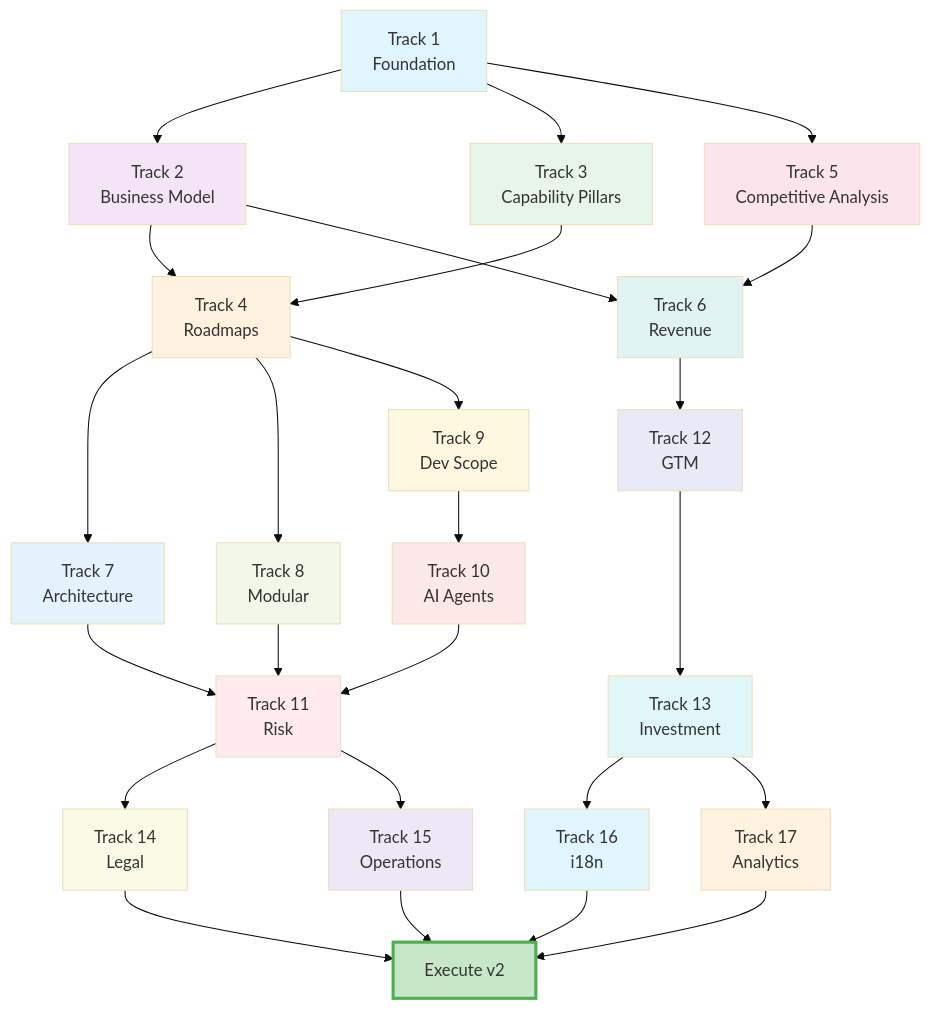
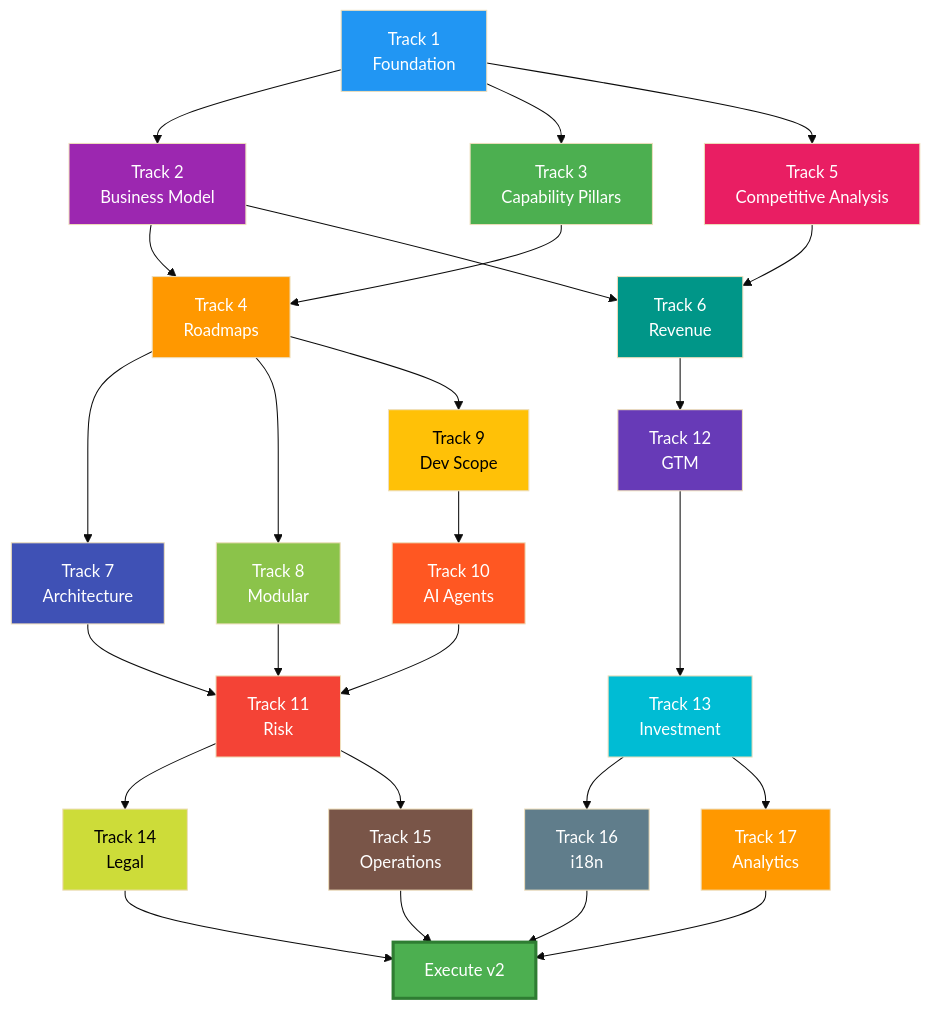
One commit to VisualGraphxLLC/NewPOPSys changed the diagram in Post_v1/READING_ORDER.md. Above: the diagram before and after it, drawn with Mermaid (base theme). The commit also changed 1 other file, not shown here.

Commit message:
Fix Mermaid chart colors for dark mode compatibility
- Use saturated colors with explicit text colors (color:#fff or color:#000)
- Ensures readability in both light and dark mode
- Updated all charts in DEVELOPMENT_PRIORITY.md and READING_ORDER.md

🤖 Generated with [Claude Code](https://claude.com/claude-code)

````diff
--- a/Post_v1/READING_ORDER.md
+++ b/Post_v1/READING_ORDER.md
@@ -406,54 +406,54 @@
 ```mermaid
 flowchart TB
     T1[Track 1\nFoundation]
 
     T1 --> T2[Track 2\nBusiness Model]
     T1 --> T3[Track 3\nCapability Pillars]
     T1 --> T5[Track 5\nCompetitive Analysis]
 
     T2 --> T4[Track 4\nRoadmaps]
     T3 --> T4
     T5 --> T6[Track 6\nRevenue]
     T2 --> T6
 
     T4 --> T7[Track 7\nArchitecture]
     T4 --> T8[Track 8\nModular]
     T4 --> T9[Track 9\nDev Scope]
     T6 --> T12[Track 12\nGTM]
 
     T9 --> T10[Track 10\nAI Agents]
 
     T7 --> T11[Track 11\nRisk]
     T8 --> T11
     T10 --> T11
     T12 --> T13[Track 13\nInvestment]
 
     T11 --> T14[Track 14\nLegal]
     T11 --> T15[Track 15\nOperations]
 
     T13 --> T16[Track 16\ni18n]
     T13 --> T17[Track 17\nAnalytics]
     T14 --> EXEC[Execute v2]
     T15 --> EXEC
     T16 --> EXEC
     T17 --> EXEC
 
-    style T1 fill:#e1f5fe
-    style T2 fill:#f3e5f5
-    style T3 fill:#e8f5e9
-    style T4 fill:#fff3e0
-    style T5 fill:#fce4ec
-    style T6 fill:#e0f2f1
-    style T7 fill:#e3f2fd
-    style T8 fill:#f1f8e9
-    style T9 fill:#fff8e1
-    style T10 fill:#fbe9e7
-    style T11 fill:#ffebee
-    style T12 fill:#e8eaf6
-    style T13 fill:#e0f7fa
-    style T14 fill:#f9fbe7
-    style T15 fill:#ede7f6
-    style T16 fill:#e1f5fe
-    style T17 fill:#fff3e0
-    style EXEC fill:#c8e6c9,stroke:#4caf50,stroke-width:3px
+    style T1 fill:#2196f3,color:#fff
+    style T2 fill:#9c27b0,color:#fff
+    style T3 fill:#4caf50,color:#fff
+    style T4 fill:#ff9800,color:#fff
+    style T5 fill:#e91e63,color:#fff
+    style T6 fill:#009688,color:#fff
+    style T7 fill:#3f51b5,color:#fff
+    style T8 fill:#8bc34a,color:#fff
+    style T9 fill:#ffc107,color:#000
+    style T10 fill:#ff5722,color:#fff
+    style T11 fill:#f44336,color:#fff
+    style T12 fill:#673ab7,color:#fff
+    style T13 fill:#00bcd4,color:#fff
+    style T14 fill:#cddc39,color:#000
+    style T15 fill:#795548,color:#fff
+    style T16 fill:#607d8b,color:#fff
+    style T17 fill:#ff9800,color:#fff
+    style EXEC fill:#4caf50,color:#fff,stroke:#2e7d32,stroke-width:3px
 ```
````
